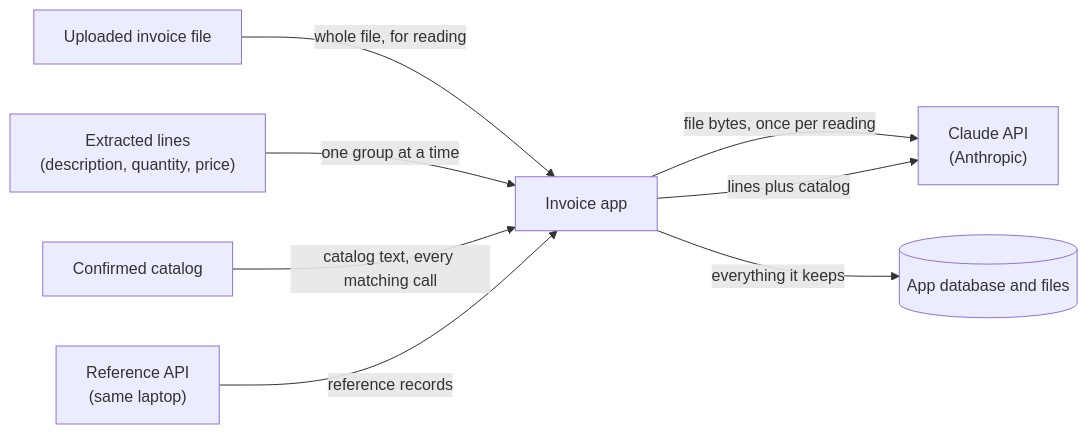
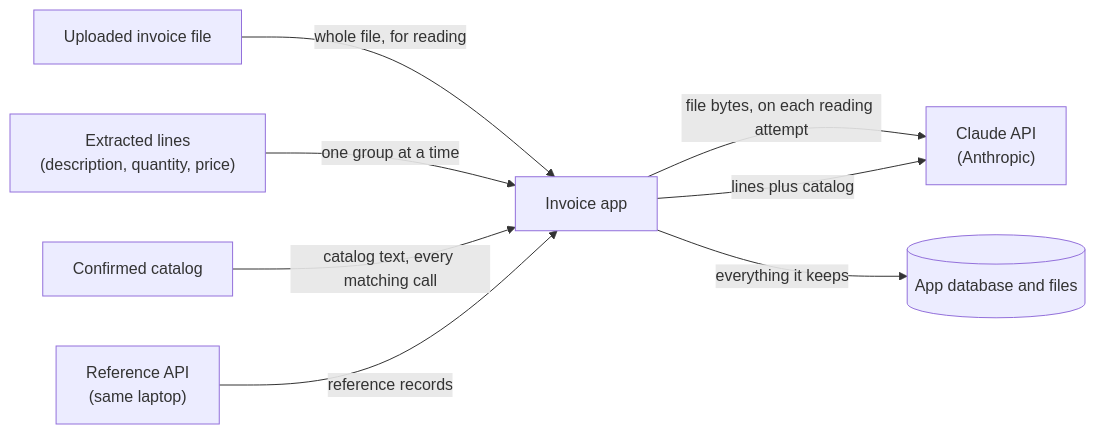
The tenth of 14 diagrams in docs/ARCHITECTURE.md (lucycchi/ai-invoice-ingestion-platform), drawn with Mermaid before and after one commit. The commit also changed other lines of this file and 2 other files, not shown here.

First line of the commit message:
docs: README and architecture brought up to date after the milestone 4 reviews

````diff
--- a/docs/ARCHITECTURE.md
+++ b/docs/ARCHITECTURE.md
@@ -627,18 +634,18 @@
 ```mermaid
 flowchart LR
     file["Uploaded invoice file"]
     lines["Extracted lines<br/>(description, quantity, price)"]
     catalog["Confirmed catalog"]
     app["Invoice app"]
     claude["Claude API<br/>(Anthropic)"]
     refapi["Reference API<br/>(same laptop)"]
     store[("App database and files")]
 
     file -->|"whole file, for reading"| app
-    app -->|"file bytes, once per reading"| claude
+    app -->|"file bytes, on each reading attempt"| claude
     lines -->|"one group at a time"| app
     catalog -->|"catalog text, every matching call"| app
     app -->|"lines plus catalog"| claude
     refapi -->|"reference records"| app
     app -->|"everything it keeps"| store
 ```
````
